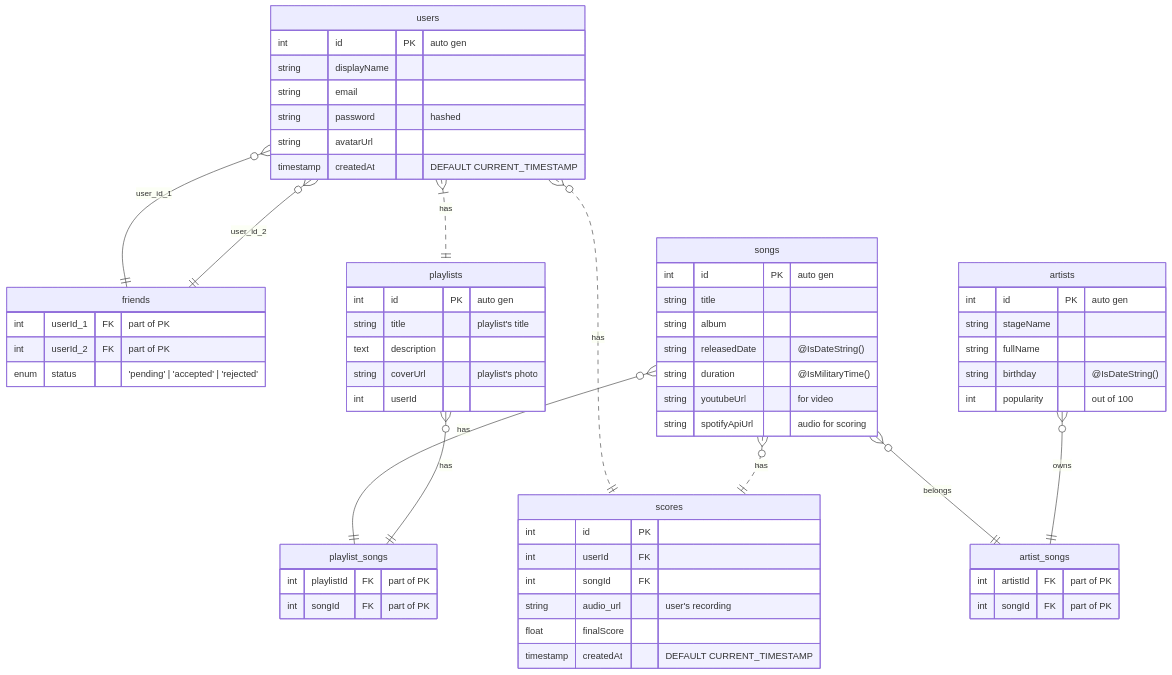
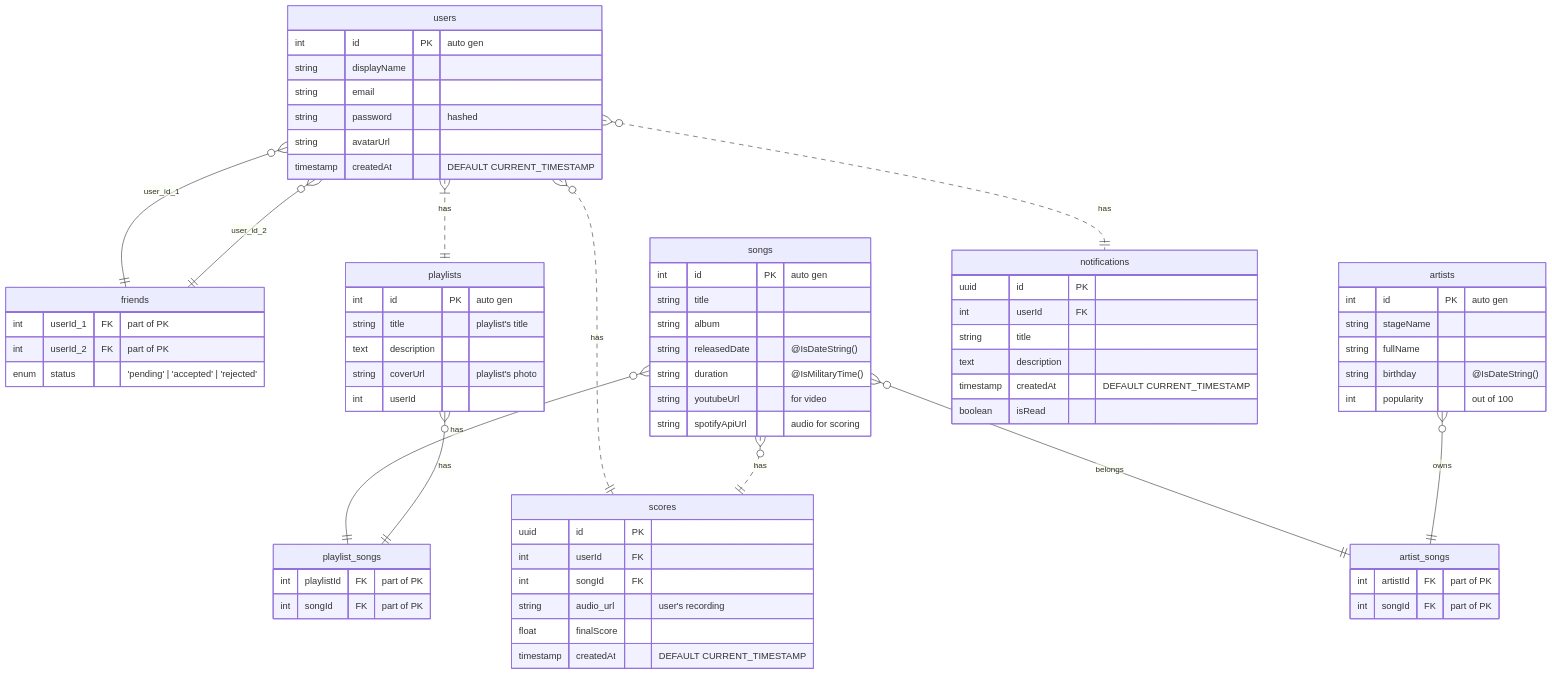
One commit to manoke-uit/.github changed the first of 2 diagrams in README.md. Above: the diagram before and after it, drawn with Mermaid.

Commit message:
feat: add notifications table for db

````diff
--- a/README.md
+++ b/README.md
@@ -2,66 +2,75 @@
 ``` mermaid
 erDiagram
     users {
         int id PK "auto gen"
         string displayName
         string email
         string password "hashed"
         string avatarUrl
         timestamp createdAt "DEFAULT CURRENT_TIMESTAMP"
     }
     friends {
         int userId_1 FK "part of PK"
         int userId_2 FK "part of PK"
         enum status "'pending' | 'accepted' | 'rejected'"
     }
     songs {
         int id PK "auto gen"
         string title
         string album
         string releasedDate "@IsDateString()"
         string duration "@IsMilitaryTime()" 
         string youtubeUrl "for video"
         string spotifyApiUrl "audio for scoring"
     }
     playlists {
         int id PK "auto gen"
         string title "playlist's title"
         text description
         string coverUrl "playlist's photo"
         int userId
     }
     playlist_songs {
         int playlistId FK "part of PK"
         int songId FK "part of PK"
     }
     artists {
         int id PK "auto gen"
         string stageName
         string fullName
         string birthday "@IsDateString()"
         int popularity "out of 100"
     }
     artist_songs {
         int artistId FK "part of PK"
         int songId FK "part of PK"
     }
     scores {
-        int id PK
+        uuid id PK
         int userId FK
         int songId FK
         string audio_url "user's recording"
         float finalScore
         timestamp createdAt "DEFAULT CURRENT_TIMESTAMP"
+    }
+    notifications {
+        uuid id PK
+        int userId FK
+        string title
+        text description
+        timestamp createdAt "DEFAULT CURRENT_TIMESTAMP"
+        boolean isRead
     }
 
     users }o--|| friends: user_id_1
     users }o--|| friends: user_id_2
     users }|..|| playlists: has
     users }o..|| scores: has
     songs }o..|| scores: has
     songs }o--|| playlist_songs: has
     songs }o--|| artist_songs: belongs
     playlists }o--|| playlist_songs: has
     artists }o--|| artist_songs: owns
+    users }o..|| notifications: has
 
 ```
````
